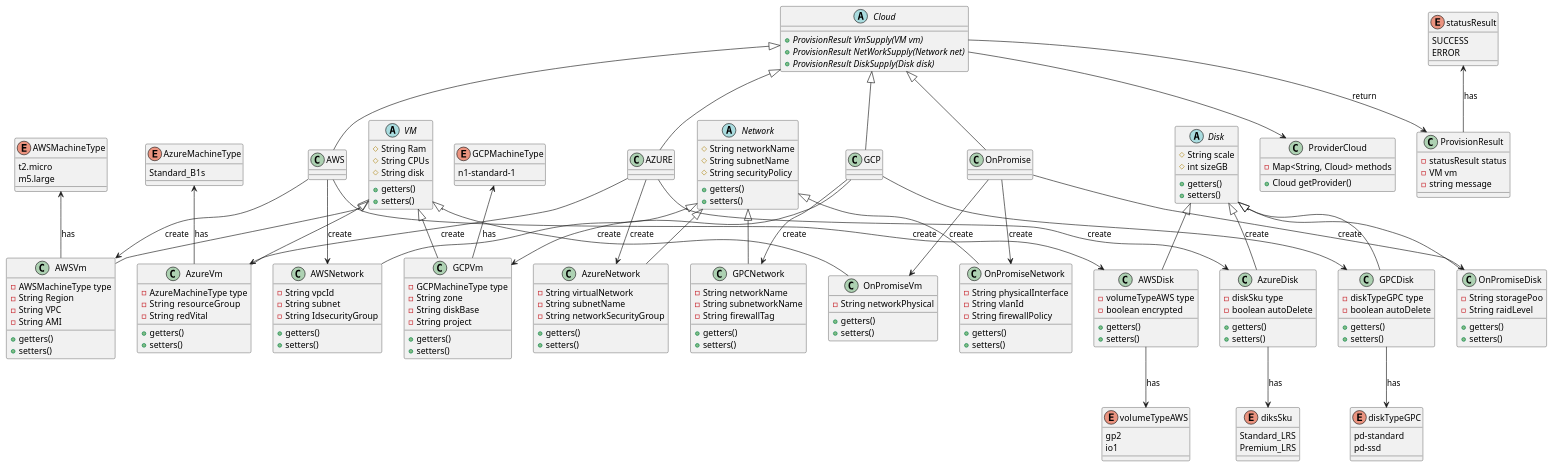
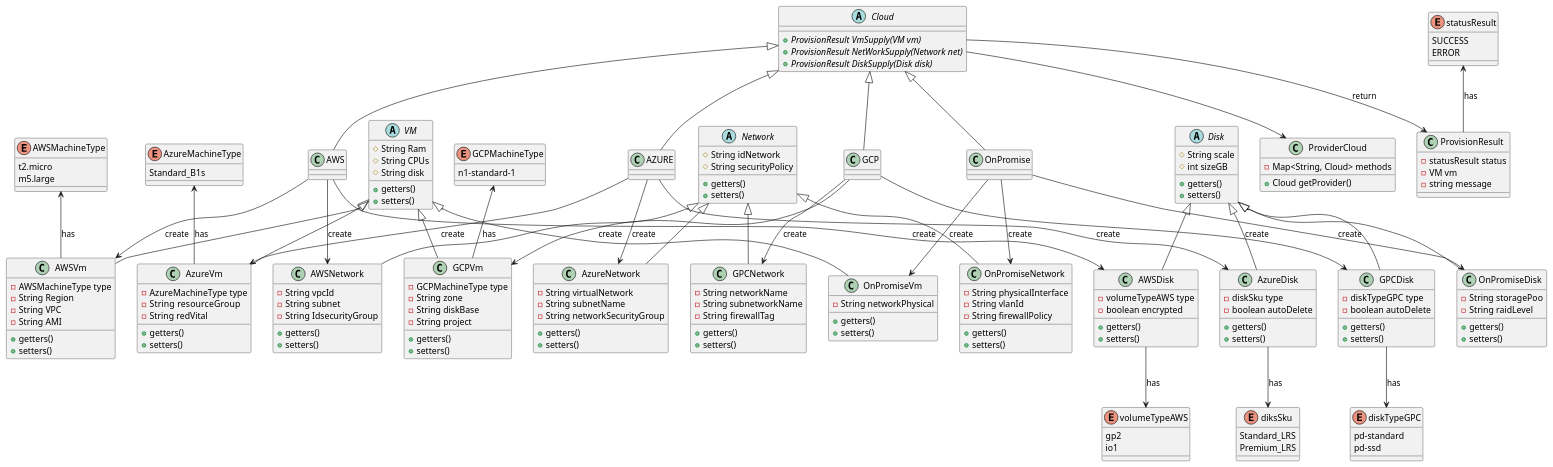
One commit to david123456858/Design-patterns-Cloud changed the diagram in uml/classPatterns.wsd. Above: the diagram before and after it, drawn with PlantUML. The commit also changed 3 other files, not shown here.

```diff
--- a/uml/classPatterns.wsd
+++ b/uml/classPatterns.wsd
@@ -53,8 +53,7 @@
 '------------- Familia 2 Network ---------------
 
 abstract class Network {
-    # String networkName
-    # String subnetName
+    # String idNetwork
     # String securityPolicy
     + getters()
     + setters()
```
